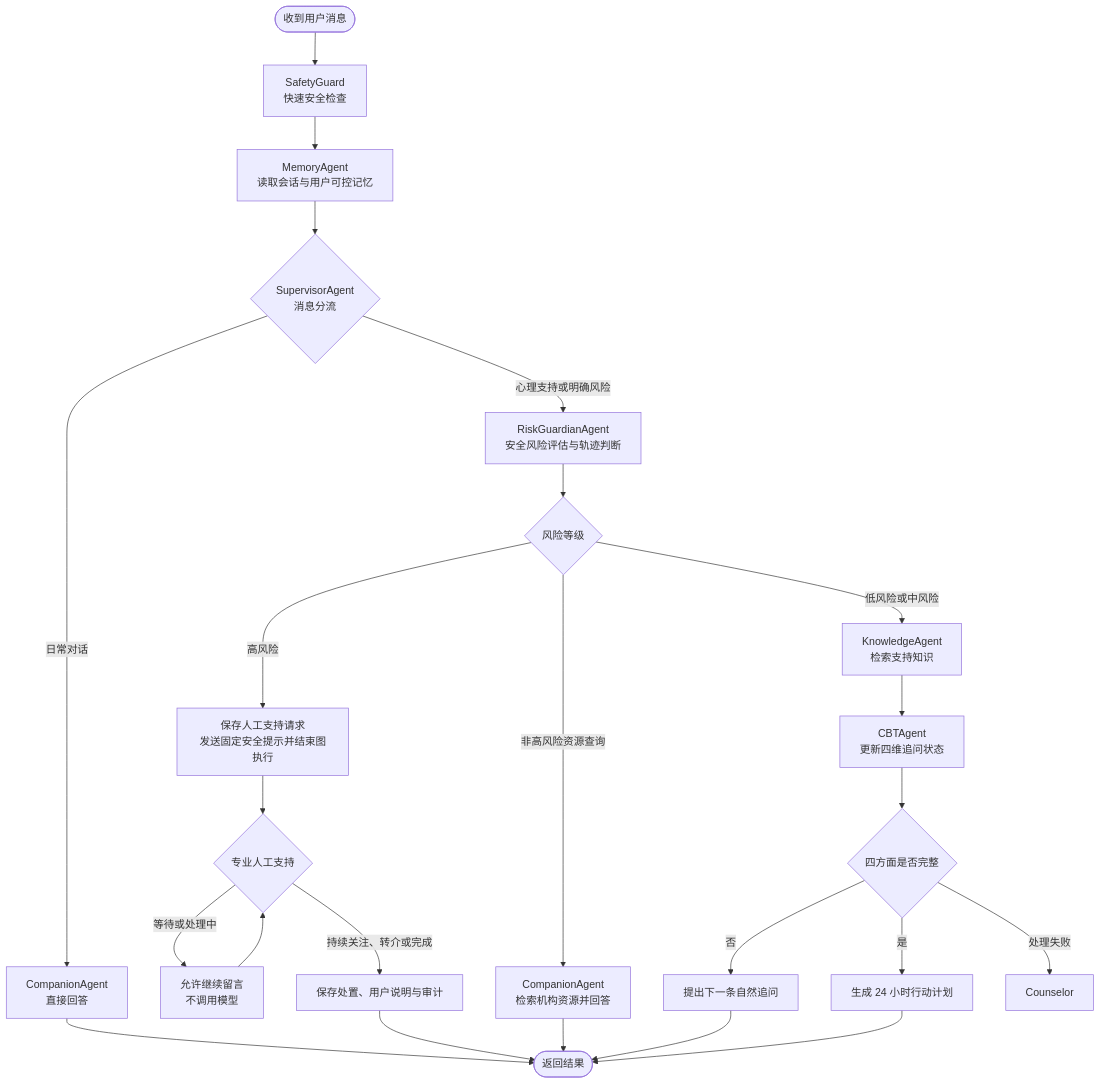
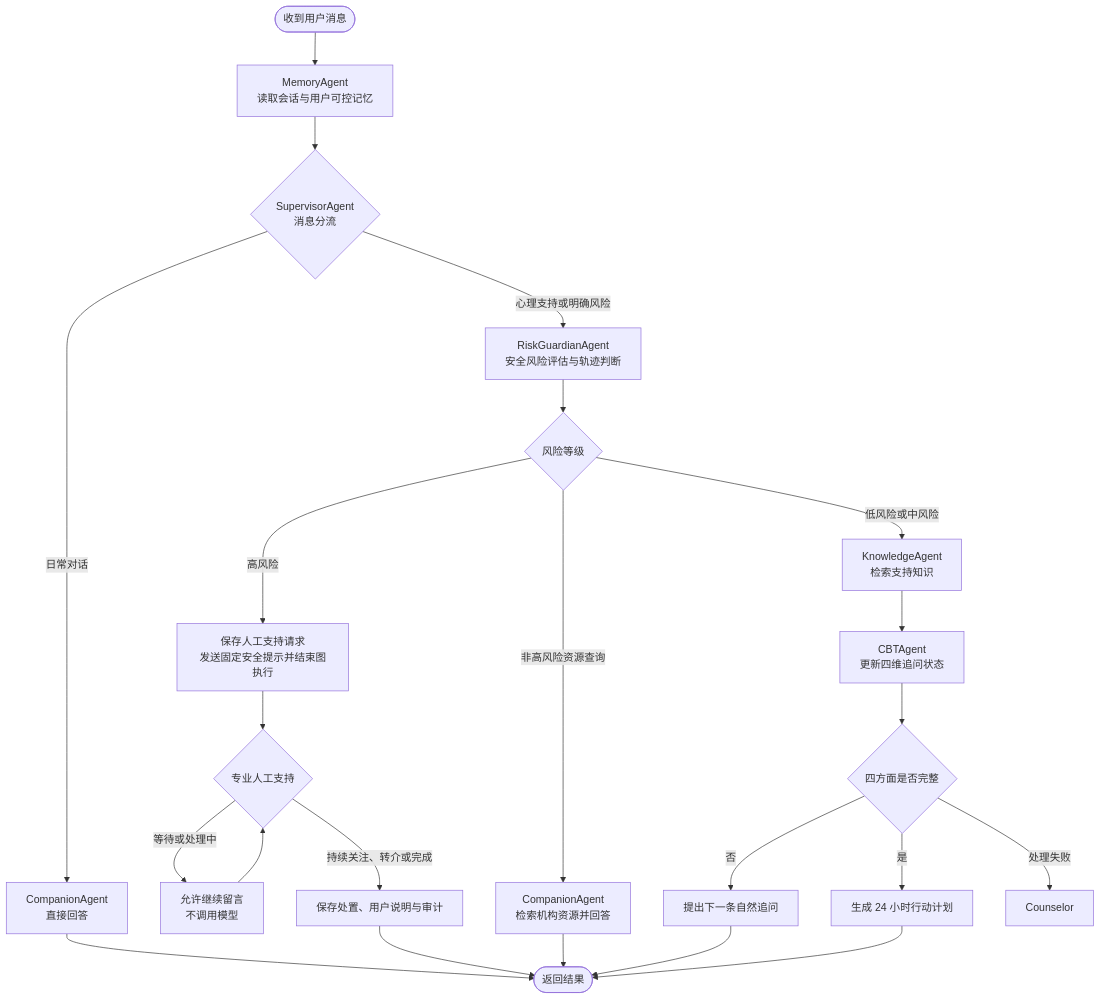
The second of 2 diagrams in README.md (assle/XLing-agent), drawn with Mermaid before and after one commit. The commit also changed other lines of this file and 5 other files, not shown here.

````diff
--- a/README.md
+++ b/README.md
@@ -69,30 +68,29 @@
 ```mermaid
 flowchart TD
-    Start([收到用户消息]) --> Safety[SafetyGuard<br/>快速安全检查]
-    Safety --> Memory[MemoryAgent<br/>读取会话与用户可控记忆]
+    Start([收到用户消息]) --> Memory[MemoryAgent<br/>读取会话与用户可控记忆]
     Memory --> Supervisor{SupervisorAgent<br/>消息分流}
 
     Supervisor -- 日常对话 --> Companion[CompanionAgent<br/>直接回答]
     Companion --> End([返回结果])
 
     Supervisor -- 心理支持或明确风险 --> Guardian[RiskGuardianAgent<br/>安全风险评估与轨迹判断]
     Guardian --> Gate{风险等级}
 
     Gate -- 高风险 --> Handoff[保存人工支持请求<br/>发送固定安全提示并结束图执行]
     Handoff --> Human{专业人工支持}
     Human -- 等待或处理中 --> Supplement[允许继续留言<br/>不调用模型]
     Human -- 持续关注、转介或完成 --> FollowUp[保存处置、用户说明与审计]
     Supplement --> Human
     FollowUp --> End
 
     Gate -- 低风险或中风险 --> Knowledge[KnowledgeAgent<br/>检索支持知识]
     Gate -- 非高风险资源查询 --> Resource[CompanionAgent<br/>检索机构资源并回答]
     Resource --> End
     Knowledge --> CBT[CBTAgent<br/>更新四维追问状态]
     CBT --> Complete{四方面是否完整}
     Complete -- 否 --> Question[提出下一条自然追问]
     Complete -- 是 --> Plan[生成 24 小时行动计划]
     Complete -- 处理失败 --> Counselor
     Question --> End
     Plan --> End
 ```
````
